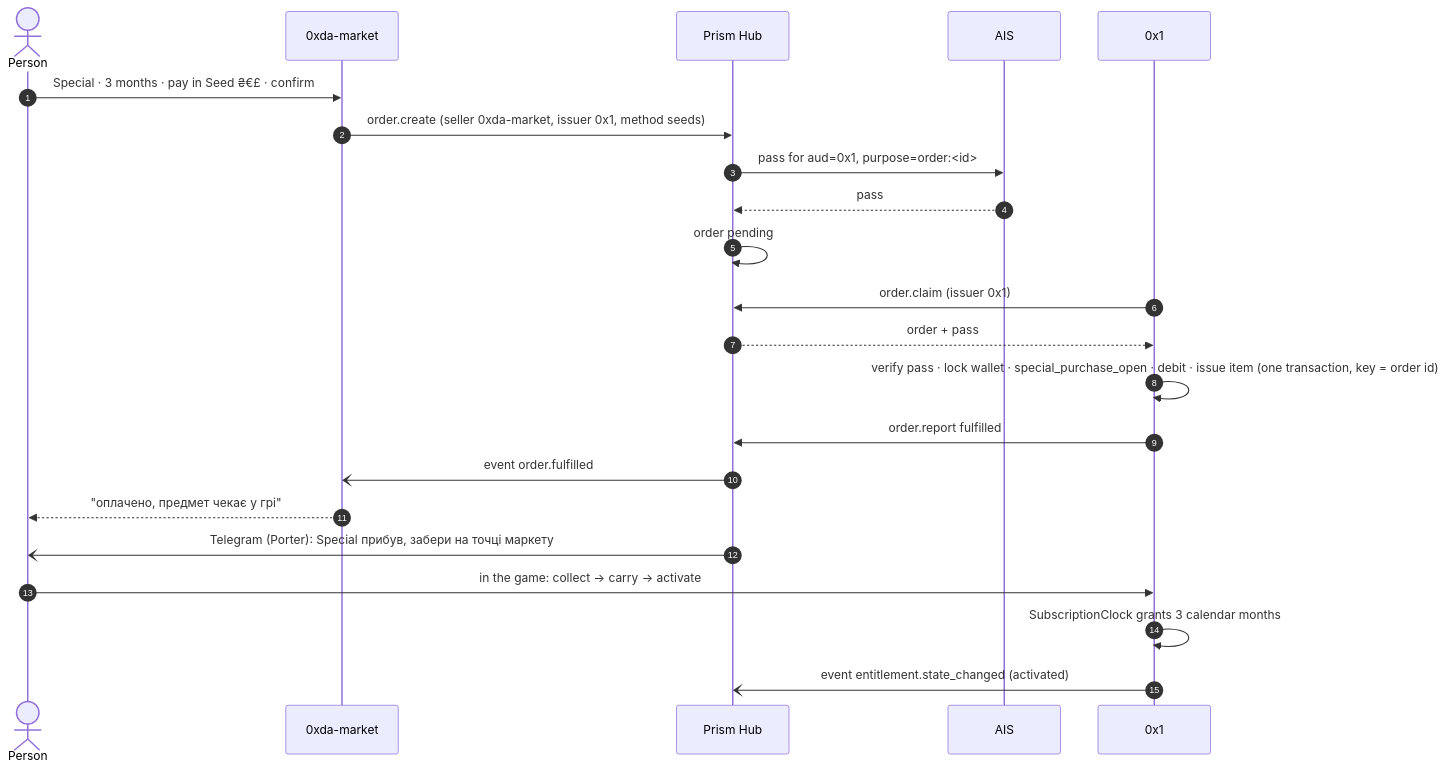
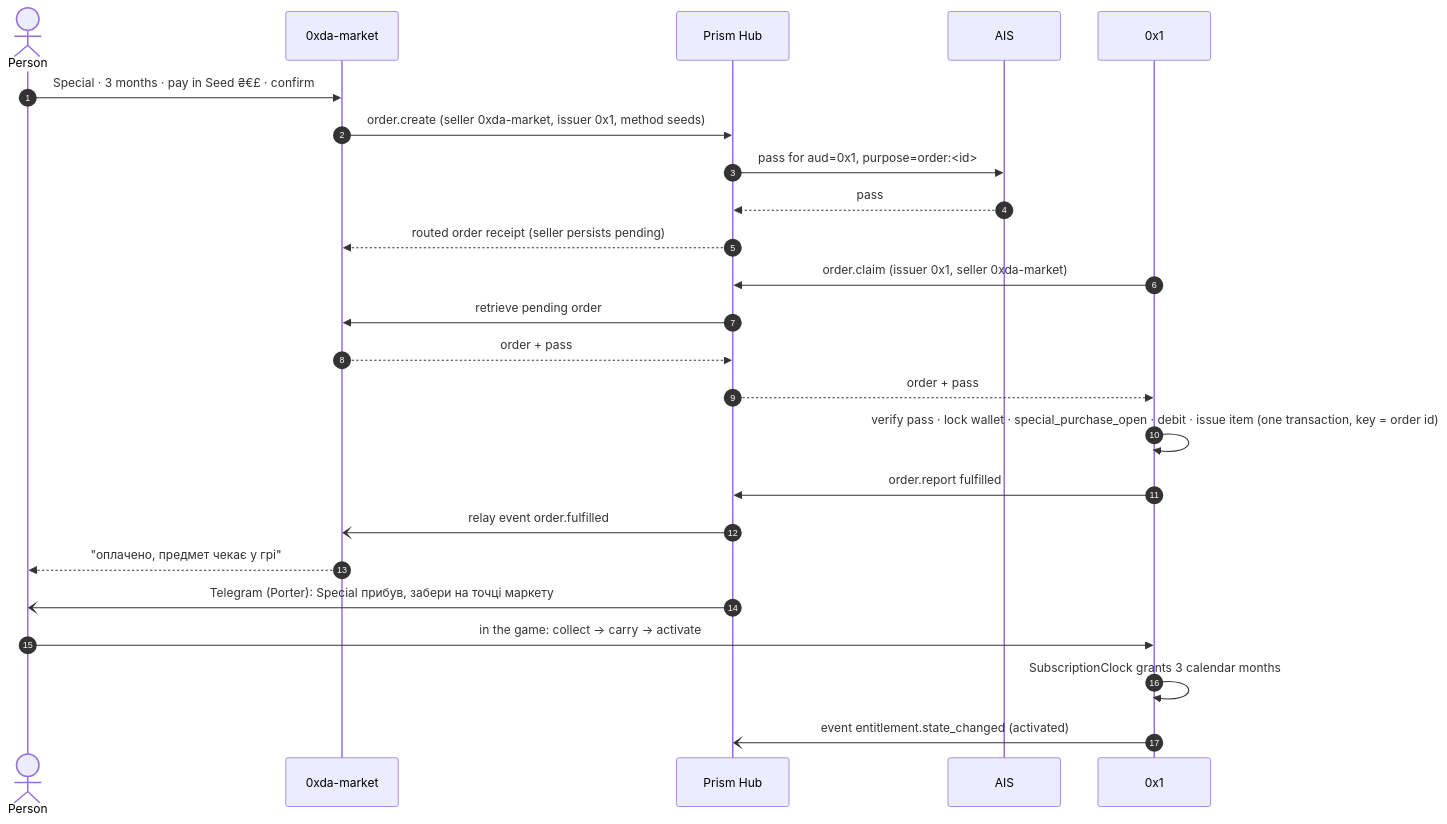
Before and after one commit to aiaiaiai-org/prism-hub: the second of 2 diagrams in docs/hub-protocol.md, drawn with Mermaid. The commit also changed other lines of this file, not shown here.

Commit message:
docs: align order and event flows with payload-free relay

````diff
--- a/docs/hub-protocol.md
+++ b/docs/hub-protocol.md
@@ -326,25 +328,27 @@
 ```mermaid
 sequenceDiagram
     autonumber
     actor P as Person
     participant M as 0xda-market
     participant H as Prism Hub
     participant A as AIS
     participant X as 0x1
 
     P->>M: Special · 3 months · pay in Seed ₴€£ · confirm
     M->>H: order.create (seller 0xda-market, issuer 0x1, method seeds)
     H->>A: pass for aud=0x1, purpose=order:<id>
     A-->>H: pass
-    H->>H: order pending
-    X->>H: order.claim (issuer 0x1)
+    H-->>M: routed order receipt (seller persists pending)
+    X->>H: order.claim (issuer 0x1, seller 0xda-market)
+    H->>M: retrieve pending order
+    M-->>H: order + pass
     H-->>X: order + pass
     X->>X: verify pass · lock wallet · special_purchase_open · debit · issue item (one transaction, key = order id)
     X->>H: order.report fulfilled
-    H-)M: event order.fulfilled
+    H-)M: relay event order.fulfilled
     M-->>P: "оплачено, предмет чекає у грі"
     H-)P: Telegram (Porter): Special прибув, забери на точці маркету
     P->>X: in the game: collect → carry → activate
     X->>X: SubscriptionClock grants 3 calendar months
     X-)H: event entitlement.state_changed (activated)
 ```
````
